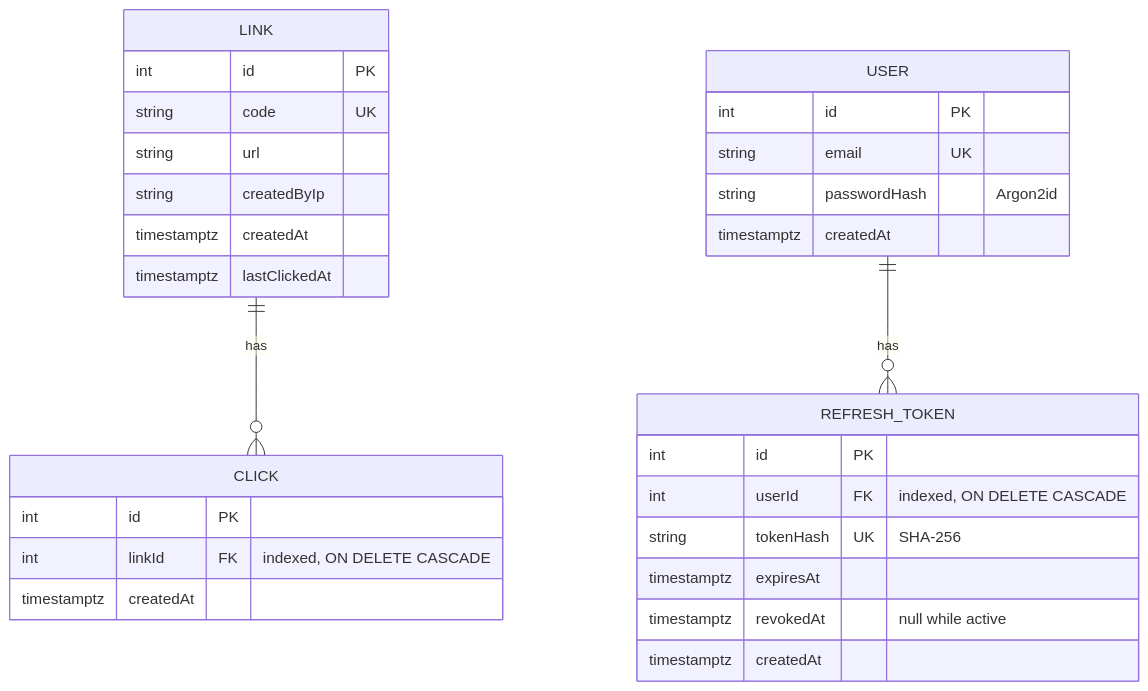
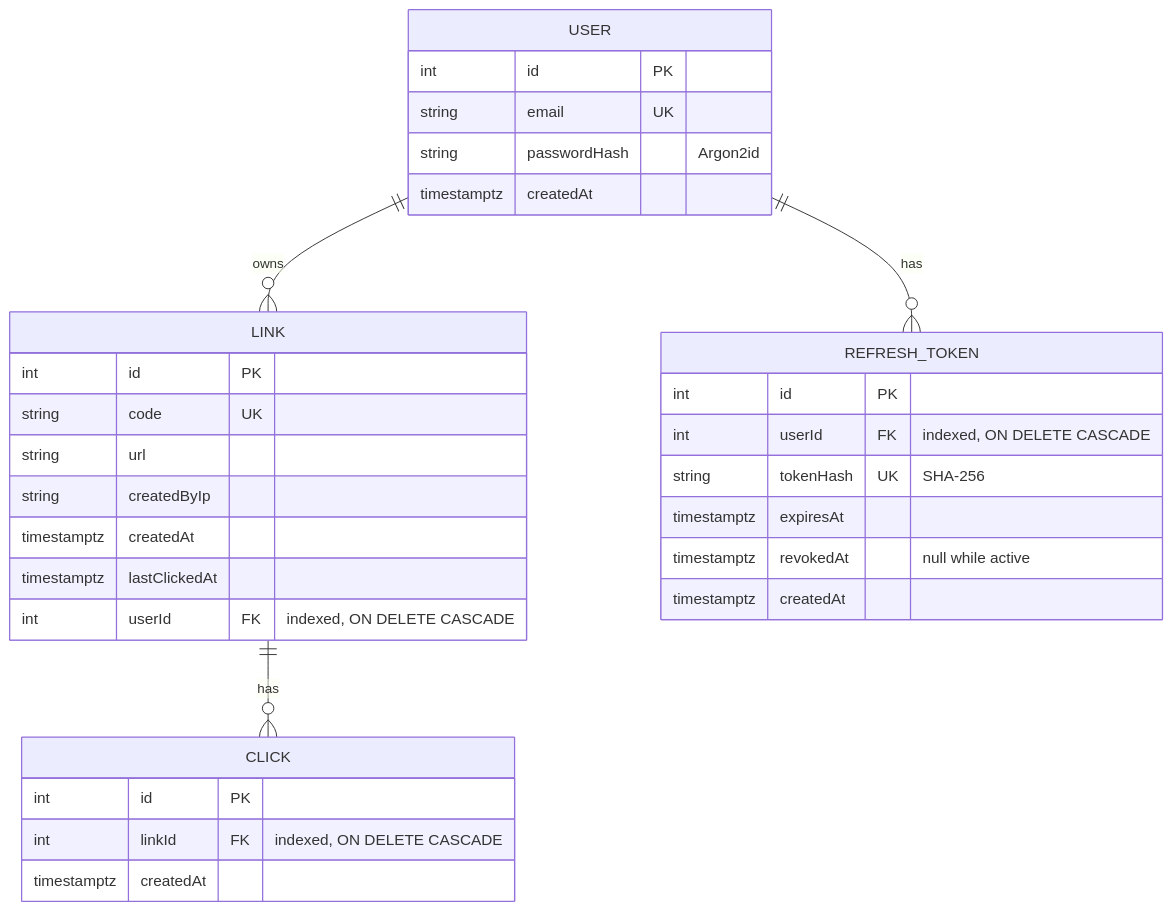
One commit to huseyincansoylu/shortlink-api changed the second of 2 diagrams in README.md. Above: the diagram before and after it, drawn with Mermaid. The commit also changed other lines of this file and 4 other files, not shown here.

````diff
--- a/README.md
+++ b/README.md
@@ -39,32 +39,34 @@
 ```mermaid
 erDiagram
     LINK ||--o{ CLICK : has
     USER ||--o{ REFRESH_TOKEN : has
+    USER ||--o{ LINK : owns
     LINK {
         int id PK
         string code UK
         string url
         string createdByIp
         timestamptz createdAt
         timestamptz lastClickedAt
+        int userId FK "indexed, ON DELETE CASCADE"
     }
     CLICK {
         int id PK
         int linkId FK "indexed, ON DELETE CASCADE"
         timestamptz createdAt
     }
     USER {
         int id PK
         string email UK
         string passwordHash "Argon2id"
         timestamptz createdAt
     }
     REFRESH_TOKEN {
         int id PK
         int userId FK "indexed, ON DELETE CASCADE"
         string tokenHash UK "SHA-256"
         timestamptz expiresAt
         timestamptz revokedAt "null while active"
         timestamptz createdAt
     }
 ```
````
